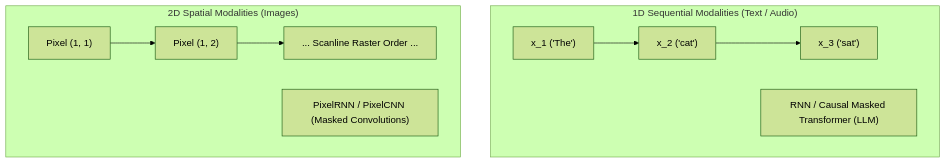
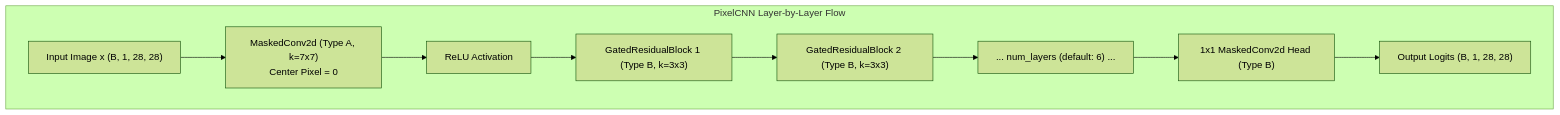
Before and after one commit to ghif/IF5152: the fourth of 5 diagrams in generative-models/docs/01_generative_autoregressive.md, drawn with Mermaid (forest theme). The commit also changed other lines of this file and 14 other files, not shown here.

````diff
--- a/generative-models/docs/01_generative_autoregressive.md
+++ b/generative-models/docs/01_generative_autoregressive.md
@@ -220,13 +200,12 @@
 ```mermaid
 flowchart TD
-    subgraph 1D["1D Sequential Modalities (Text / Audio)"]
-        direction LR
-        Token1["x_1 ('The')"] --> Token2["x_2 ('cat')"] --> Token3["x_3 ('sat')"]
-        Model1D["RNN / Causal Masked Transformer (LLM)"]
-    end
-    subgraph 2D["2D Spatial Modalities (Images)"]
-        direction LR
-        P1["Pixel (1, 1)"] --> P2["Pixel (1, 2)"] --> Prow["... Scanline Raster Order ..."]
-        Model2D["PixelRNN / PixelCNN (Masked Convolutions)"]
+    subgraph PixelCNN_Pipeline ["PixelCNN Layer-by-Layer Flow"]
+        InputImg["Input Image x (B, 1, 28, 28)"] --> MaskA["MaskedConv2d (Type A, k=7x7)<br/>Center Pixel = 0"]
+        MaskA --> ReLU1["ReLU Activation"]
+        ReLU1 --> Block1["GatedResidualBlock 1 (Type B, k=3x3)"]
+        Block1 --> Block2["GatedResidualBlock 2 (Type B, k=3x3)"]
+        Block2 --> BlockN["... num_layers (default: 6) ..."]
+        BlockN --> Head["1x1 MaskedConv2d Head (Type B)"]
+        Head --> Logits["Output Logits (B, 1, 28, 28)"]
     end
 ```
````
